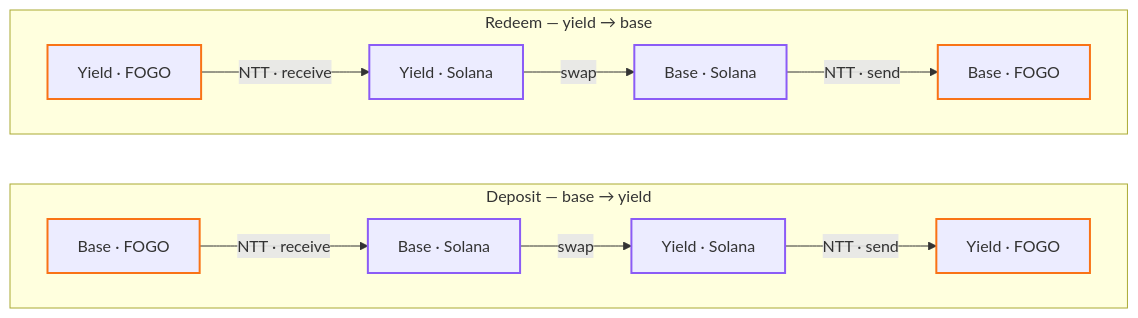
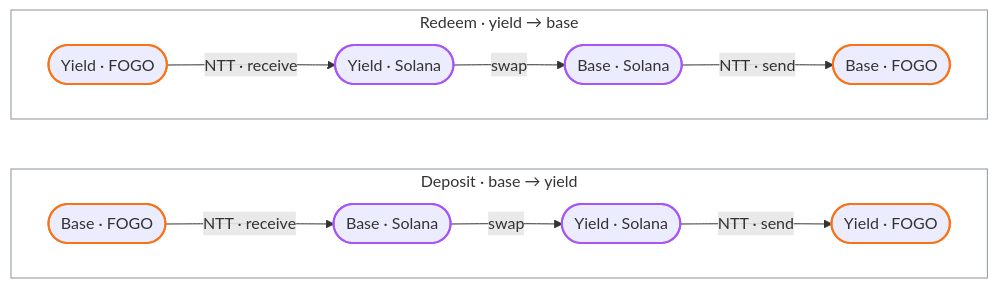
One commit to pointgroup-labs/fogo-yield changed the diagram in README.md. Above: the diagram before and after it, drawn with Mermaid.

Commit message:
docs: restyle How it works flowchart

````diff
--- a/README.md
+++ b/README.md
@@ -18,20 +18,24 @@
 ```mermaid
 flowchart LR
-    subgraph dep ["Deposit — base → yield"]
+    subgraph dep ["Deposit · base → yield"]
         direction LR
-        A["Base · FOGO"] -->|"NTT · receive"| B["Base · Solana"]
-        B -->|swap| C["Yield · Solana"]
-        C -->|"NTT · send"| D["Yield · FOGO"]
+        A(["Base · FOGO"]) -->|"NTT · receive"| B(["Base · Solana"])
+        B -->|swap| C(["Yield · Solana"])
+        C -->|"NTT · send"| D(["Yield · FOGO"])
     end
-    subgraph wd ["Redeem — yield → base"]
+    subgraph wd ["Redeem · yield → base"]
         direction LR
-        E["Yield · FOGO"] -->|"NTT · receive"| F["Yield · Solana"]
-        F -->|swap| G["Base · Solana"]
-        G -->|"NTT · send"| H["Base · FOGO"]
+        E(["Yield · FOGO"]) -->|"NTT · receive"| F(["Yield · Solana"])
+        F -->|swap| G(["Base · Solana"])
+        G -->|"NTT · send"| H(["Base · FOGO"])
     end
 
+    %% Accent nodes by chain (FOGO ember / Solana violet); leave fills to
+    %% GitHub's adaptive light-dark theme. Kill the default yellow cluster bg.
     classDef fogo stroke:#f97316,stroke-width:2px
-    classDef sol stroke:#8b5cf6,stroke-width:2px
+    classDef sol stroke:#a855f7,stroke-width:2px
     class A,D,E,H fogo
     class B,C,F,G sol
+    style dep fill:transparent,stroke:#8b949e,stroke-width:1px
+    style wd fill:transparent,stroke:#8b949e,stroke-width:1px
 ```
````
